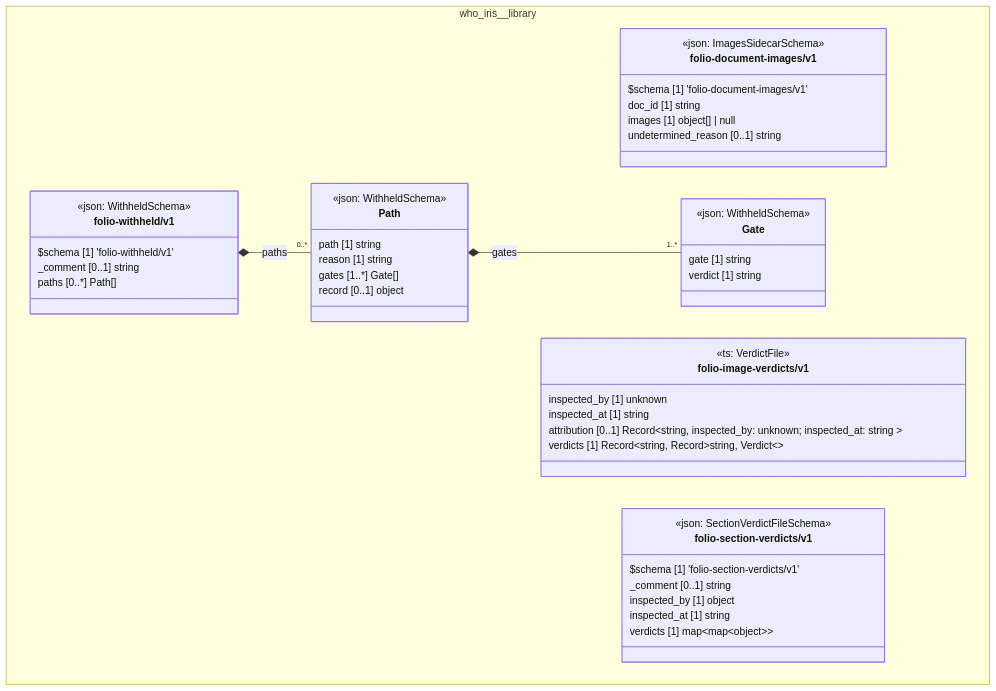
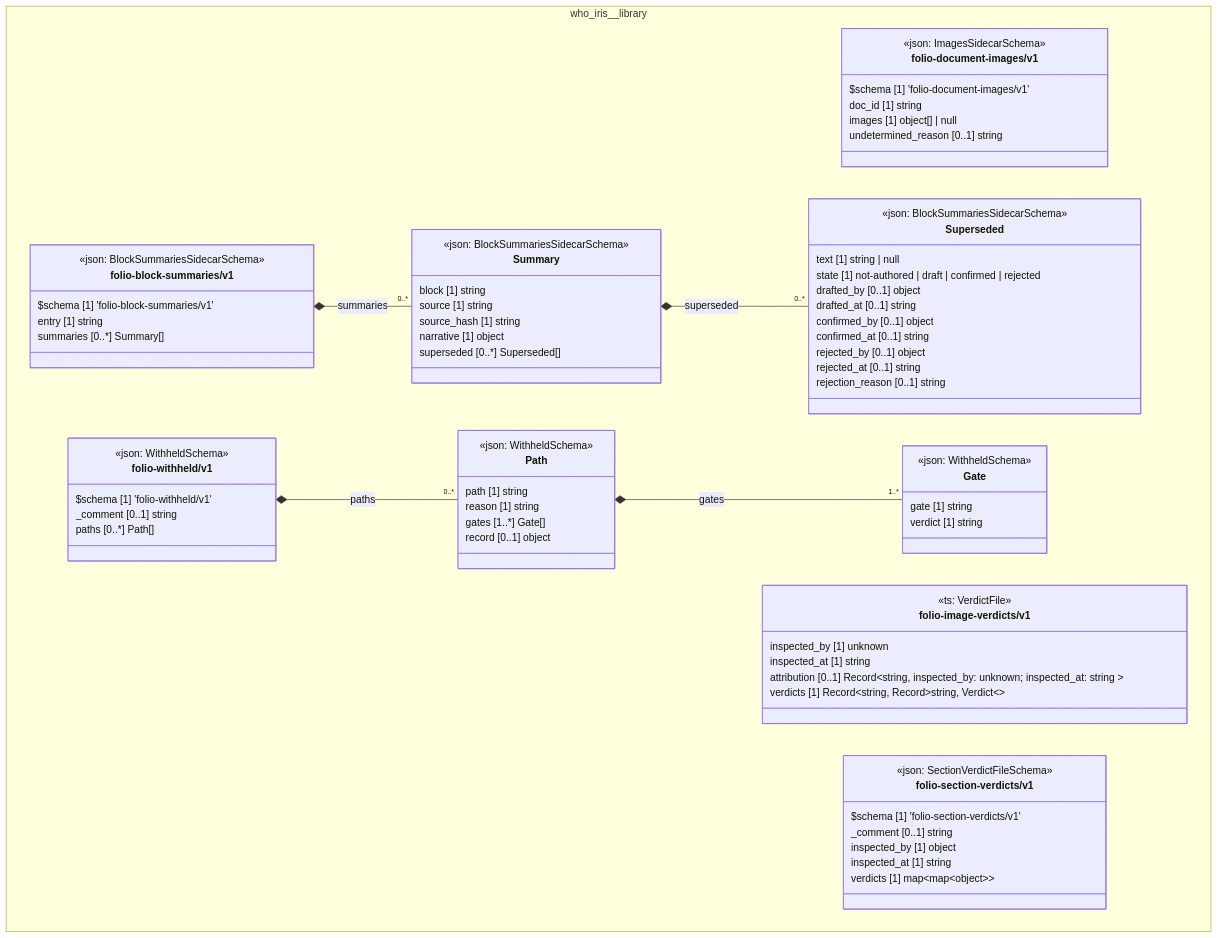
The diagram in cat-harness/docs/uml/overview/who-iris/library.md (litlfred/folio-assistant), drawn with Mermaid before and after one commit. The commit also changed other lines of this file and 167 other files, not shown here.

First line of the commit message:
Library keywords from LSI weights + 397 who-iris section summary drafts (#2302)

```diff
--- a/cat-harness/docs/uml/overview/who-iris/library.md
+++ b/cat-harness/docs/uml/overview/who-iris/library.md
@@ -65,6 +65,32 @@
       inspected_at [1] string
       verdicts [1] map~map~object~~
     }
+    class who_iris_library_folio_block_summaries_v1_Superseded["Superseded"] {
+      <<json: BlockSummariesSidecarSchema>>
+      text [1] string | null
+      state [1] not-authored | draft | confirmed | rejected
+      drafted_by [0..1] object
+      drafted_at [0..1] string
+      confirmed_by [0..1] object
+      confirmed_at [0..1] string
+      rejected_by [0..1] object
+      rejected_at [0..1] string
+      rejection_reason [0..1] string
+    }
+    class who_iris_library_folio_block_summaries_v1_Summary["Summary"] {
+      <<json: BlockSummariesSidecarSchema>>
+      block [1] string
+      source [1] string
+      source_hash [1] string
+      narrative [1] object
+      superseded [0..*] Superseded[]
+    }
+    class who_iris_library_folio_block_summaries_v1_folio_block_summaries_v1["folio-block-summaries/v1"] {
+      <<json: BlockSummariesSidecarSchema>>
+      $schema [1] 'folio-block-summaries/v1'
+      entry [1] string
+      summaries [0..*] Summary[]
+    }
     class who_iris_library_folio_withheld_v1_Gate["Gate"] {
       <<json: WithheldSchema>>
       gate [1] string
@@ -84,11 +110,16 @@
       paths [0..*] Path[]
     }
   }
+  who_iris_library_folio_block_summaries_v1_Summary *-- "0..*" who_iris_library_folio_block_summaries_v1_Superseded : superseded
+  who_iris_library_folio_block_summaries_v1_folio_block_summaries_v1 *-- "0..*" who_iris_library_folio_block_summaries_v1_Summary : summaries
   who_iris_library_folio_withheld_v1_Path *-- "1..*" who_iris_library_folio_withheld_v1_Gate : gates
   who_iris_library_folio_withheld_v1_folio_withheld_v1 *-- "0..*" who_iris_library_folio_withheld_v1_Path : paths
   cssClass "who_iris_library_folio_document_images_v1_folio_document_images_v1" fa_uml_kind_library
   cssClass "who_iris_library_folio_image_verdicts_v1" fa_uml_kind_library
   cssClass "who_iris_library_folio_section_verdicts_v1_folio_section_verdicts_v1" fa_uml_kind_library
+  cssClass "who_iris_library_folio_block_summaries_v1_Superseded" fa_uml_kind_library
+  cssClass "who_iris_library_folio_block_summaries_v1_Summary" fa_uml_kind_library
+  cssClass "who_iris_library_folio_block_summaries_v1_folio_block_summaries_v1" fa_uml_kind_library
   cssClass "who_iris_library_folio_withheld_v1_Gate" fa_uml_kind_library
   cssClass "who_iris_library_folio_withheld_v1_Path" fa_uml_kind_library
   cssClass "who_iris_library_folio_withheld_v1_folio_withheld_v1" fa_uml_kind_library
```
